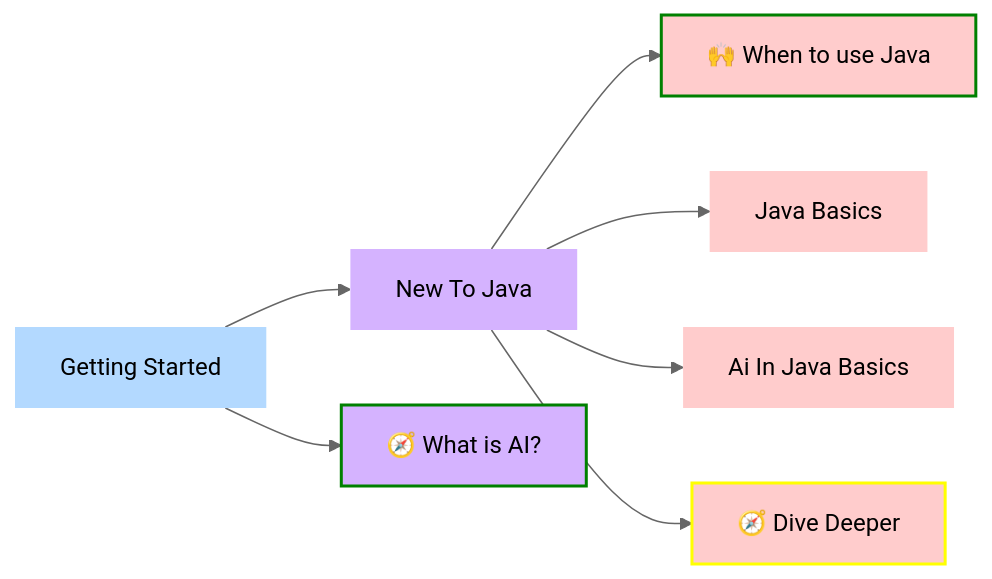
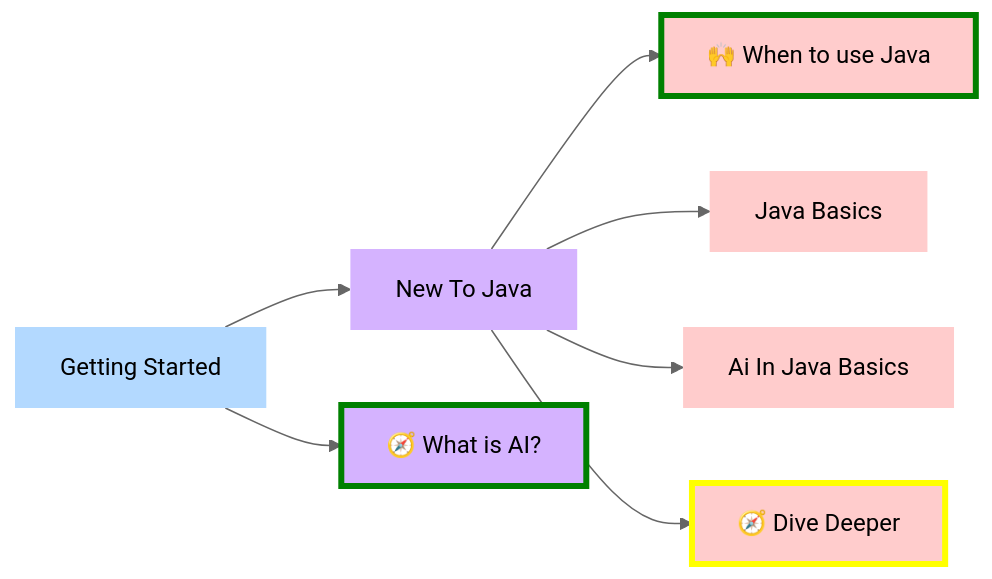
Before and after one commit to alexarguello/flatmap-docs-kit: the diagram in docusaurus-resource/docs/00-getting-started/index.md, drawn with Mermaid (neutral theme). The commit also changed other lines of this file and 50 other files, not shown here.

````diff
--- a/docusaurus-resource/docs/00-getting-started/index.md
+++ b/docusaurus-resource/docs/00-getting-started/index.md
@@ -48,37 +46,37 @@
 ```mermaid
 graph LR
 n_00_getting_started["Getting Started"]
 n_00_getting_started_05_new_to_java["New To Java"]
 n_00_getting_started --> n_00_getting_started_05_new_to_java
 n_00_getting_started_05_new_to_java_40_when_java_md["🙌 When to use Java"]
 n_00_getting_started_05_new_to_java --> n_00_getting_started_05_new_to_java_40_when_java_md
 n_00_getting_started_05_new_to_java_10_java_basics["Java Basics"]
 n_00_getting_started_05_new_to_java --> n_00_getting_started_05_new_to_java_10_java_basics
 n_00_getting_started_05_new_to_java_20_ai_in_java_basics["Ai In Java Basics"]
 n_00_getting_started_05_new_to_java --> n_00_getting_started_05_new_to_java_20_ai_in_java_basics
 n_00_getting_started_05_new_to_java_30_dive_deeper_md["🧭 Dive Deeper"]
 n_00_getting_started_05_new_to_java --> n_00_getting_started_05_new_to_java_30_dive_deeper_md
 n_00_getting_started_what_is_ai_md["🧭 What is AI?"]
 n_00_getting_started --> n_00_getting_started_what_is_ai_md
 click n_00_getting_started "/docs/getting-started"
 click n_00_getting_started_05_new_to_java "/docs/getting-started/new-to-java"
 click n_00_getting_started_05_new_to_java_40_when_java_md "/docs/getting-started/new-to-java/when-java"
 click n_00_getting_started_05_new_to_java_10_java_basics "/docs/getting-started/new-to-java/java-basics"
 click n_00_getting_started_05_new_to_java_20_ai_in_java_basics "/docs/getting-started/new-to-java/ai-in-java-basics"
 click n_00_getting_started_05_new_to_java_30_dive_deeper_md "/docs/getting-started/new-to-java/dive-deeper"
 click n_00_getting_started_what_is_ai_md "/docs/getting-started/what-is-ai"
 classDef col0 fill:#b3d9ff,stroke:none;
 classDef col1 fill:#d5b3ff,stroke:none;
 classDef col2 fill:#ffcccc,stroke:none;
 class n_00_getting_started_05_new_to_java_10_java_basics col2;
 class n_00_getting_started_05_new_to_java_20_ai_in_java_basics col2;
 class n_00_getting_started_05_new_to_java col1;
 class n_00_getting_started col0;
-classDef custom0 fill:#ffcccc,stroke:green,stroke-width:2px,stroke-dasharray:0;
+classDef custom0 fill:#ffcccc,stroke:green,stroke-width:4px,stroke-dasharray:0;
 class n_00_getting_started_05_new_to_java_40_when_java_md custom0;
-classDef custom1 fill:#ffcccc,stroke:yellow,stroke-width:2px,stroke-dasharray:0;
+classDef custom1 fill:#ffcccc,stroke:yellow,stroke-width:4px,stroke-dasharray:0;
 class n_00_getting_started_05_new_to_java_30_dive_deeper_md custom1;
-classDef custom2 fill:#d5b3ff,stroke:green,stroke-width:2px,stroke-dasharray:0;
+classDef custom2 fill:#d5b3ff,stroke:green,stroke-width:4px,stroke-dasharray:0;
 class n_00_getting_started_what_is_ai_md custom2;
 linkStyle default interpolate basis
 ```
````
